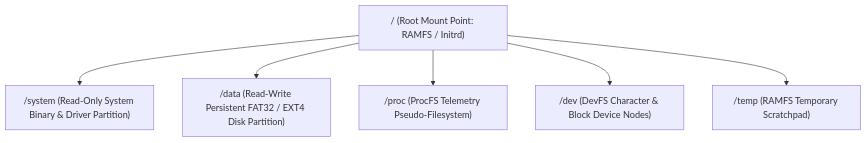
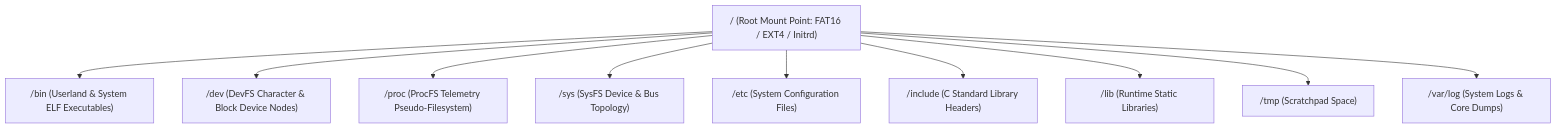
Before and after one commit to mrvlous/keira: the diagram in docs/fs/vfs/mount.md, drawn with Mermaid. The commit also changed other lines of this file and 17 other files, not shown here.

````diff
--- a/docs/fs/vfs/mount.md
+++ b/docs/fs/vfs/mount.md
@@ -11,9 +11,13 @@
 ```mermaid
 graph TD
-    Root["/ (Root Mount Point: RAMFS / Initrd)"]
-    Root --> System["/system (Read-Only System Binary & Driver Partition)"]
-    Root --> Data["/data (Read-Write Persistent FAT32 / EXT4 Disk Partition)"]
+    Root["/ (Root Mount Point: FAT16 / EXT4 / Initrd)"]
+    Root --> Bin["/bin (Userland & System ELF Executables)"]
+    Root --> Dev["/dev (DevFS Character & Block Device Nodes)"]
     Root --> Proc["/proc (ProcFS Telemetry Pseudo-Filesystem)"]
-    Root --> Dev["/dev (DevFS Character & Block Device Nodes)"]
-    Root --> Temp["/temp (RAMFS Temporary Scratchpad)"]
+    Root --> Sys["/sys (SysFS Device & Bus Topology)"]
+    Root --> Etc["/etc (System Configuration Files)"]
+    Root --> Inc["/include (C Standard Library Headers)"]
+    Root --> Lib["/lib (Runtime Static Libraries)"]
+    Root --> Tmp["/tmp (Scratchpad Space)"]
+    Root --> Var["/var/log (System Logs & Core Dumps)"]
 ```
````
